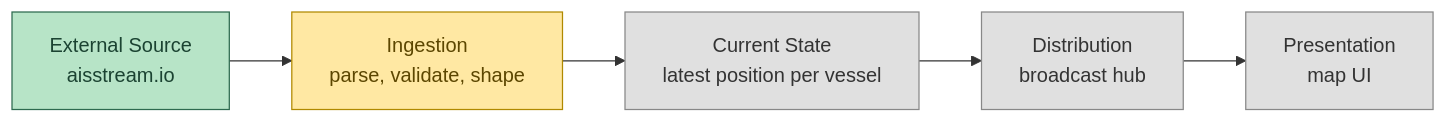
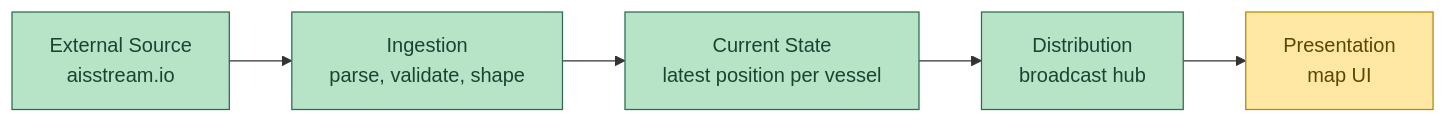
One commit to muayKenny/ais-tracker changed the first of 2 diagrams in docs/system-design.md. Above: the diagram before and after it, drawn with Mermaid. The commit also changed other lines of this file and 2 other files, not shown here.

Commit message:
roadmaps updated for maplibre

````diff
--- a/docs/system-design.md
+++ b/docs/system-design.md
@@ -23,14 +23,14 @@
 ```mermaid
 flowchart LR
     A["External Source<br/>aisstream.io"]:::done
-    B["Ingestion<br/>parse, validate, shape"]:::partial
-    C["Current State<br/>latest position per vessel"]:::todo
-    D["Distribution<br/>broadcast hub"]:::todo
-    E["Presentation<br/>map UI"]:::todo
+    B["Ingestion<br/>parse, validate, shape"]:::done
+    C["Current State<br/>latest position per vessel"]:::done
+    D["Distribution<br/>broadcast hub"]:::done
+    E["Presentation<br/>map UI"]:::partial
 
     A --> B --> C --> D --> E
 
     classDef done fill:#b7e4c7,stroke:#2d6a4f,color:#1b4332
     classDef partial fill:#ffe8a3,stroke:#b08900,color:#5c4600
     classDef todo fill:#e0e0e0,stroke:#888888,color:#333333
 ```
````
